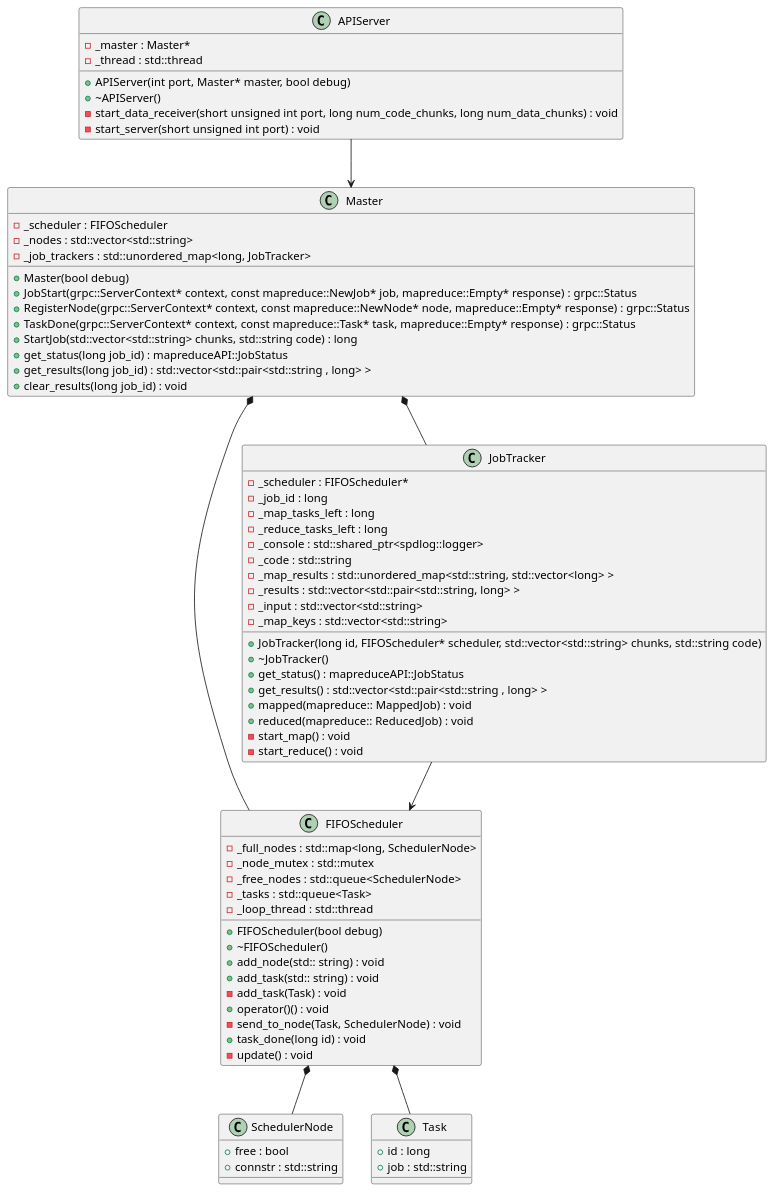
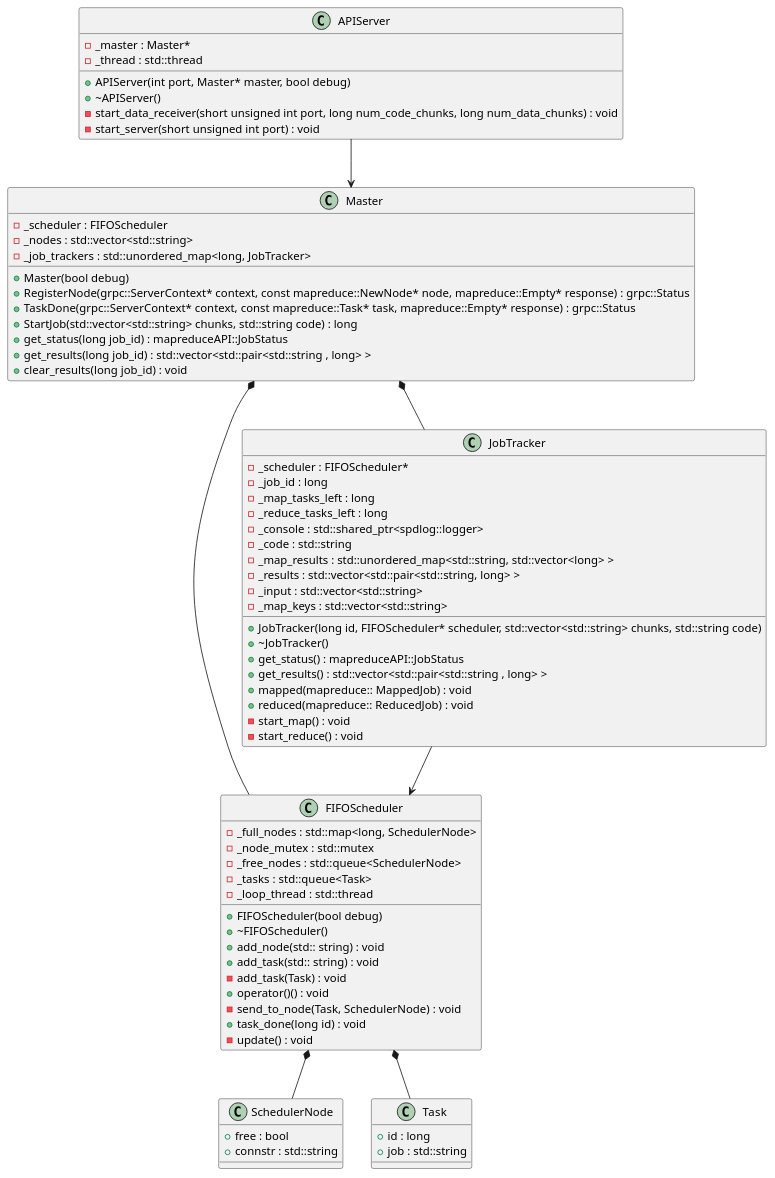
Before and after one commit to Sascha8a/MapReduce: the diagram in docs/UMLs/class_diagram_master.puml, drawn with PlantUML. The commit also changed 34 other files, not shown here.

```diff
--- a/docs/UMLs/class_diagram_master.puml
+++ b/docs/UMLs/class_diagram_master.puml
@@ -1,81 +1,80 @@
 @startuml class_diagram_master
 
 class APIServer {
     +APIServer(int port, Master* master, bool debug)
     +~APIServer()
     -_master : Master*
     -_thread : std::thread
     -start_data_receiver(short unsigned int port, long num_code_chunks, long num_data_chunks) : void
     -start_server(short unsigned int port) : void
 }
 
 class FIFOScheduler {
     +FIFOScheduler(bool debug)
     +~FIFOScheduler()
     -_full_nodes : std::map<long, SchedulerNode>
     -_node_mutex : std::mutex
     -_free_nodes : std::queue<SchedulerNode>
     -_tasks : std::queue<Task>
     -_loop_thread : std::thread
     +add_node(std:: string) : void
     +add_task(std:: string) : void
     -add_task(Task) : void
     +operator()() : void
     -send_to_node(Task, SchedulerNode) : void
     +task_done(long id) : void
     -update() : void
 }
 
 class JobTracker {
     +JobTracker(long id, FIFOScheduler* scheduler, std::vector<std::string> chunks, std::string code)
     +~JobTracker()
     -_scheduler : FIFOScheduler*
     -_job_id : long
     -_map_tasks_left : long
     -_reduce_tasks_left : long
     +get_status() : mapreduceAPI::JobStatus
     -_console : std::shared_ptr<spdlog::logger>
     -_code : std::string
     -_map_results : std::unordered_map<std::string, std::vector<long> >
     +get_results() : std::vector<std::pair<std::string , long> >
     -_results : std::vector<std::pair<std::string, long> >
     -_input : std::vector<std::string>
     -_map_keys : std::vector<std::string>
     +mapped(mapreduce:: MappedJob) : void
     +reduced(mapreduce:: ReducedJob) : void
     -start_map() : void
     -start_reduce() : void
 }
 
 class Master {
     +Master(bool debug)
     -_scheduler : FIFOScheduler
     -_nodes : std::vector<std::string>
     -_job_trackers : std::unordered_map<long, JobTracker>
-    +JobStart(grpc::ServerContext* context, const mapreduce::NewJob* job, mapreduce::Empty* response) : grpc::Status
     +RegisterNode(grpc::ServerContext* context, const mapreduce::NewNode* node, mapreduce::Empty* response) : grpc::Status
     +TaskDone(grpc::ServerContext* context, const mapreduce::Task* task, mapreduce::Empty* response) : grpc::Status
     +StartJob(std::vector<std::string> chunks, std::string code) : long
     +get_status(long job_id) : mapreduceAPI::JobStatus
     +get_results(long job_id) : std::vector<std::pair<std::string , long> >
     +clear_results(long job_id) : void
 }
 
 class SchedulerNode {
     +free : bool
     +connstr : std::string
 }
 
 class Task {
     +id : long
     +job : std::string
 }
 
 Master *-- JobTracker
 APIServer --> Master
 JobTracker --> FIFOScheduler
 FIFOScheduler *-- SchedulerNode
 FIFOScheduler *-- Task
 Master *-- FIFOScheduler
 
 @enduml
```
